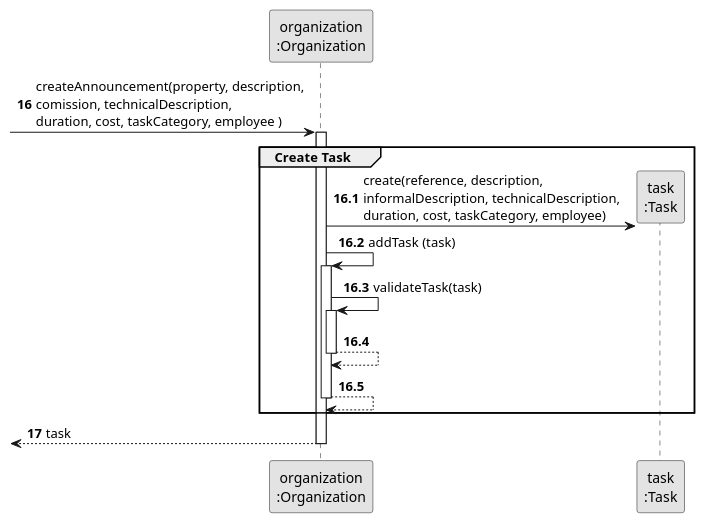
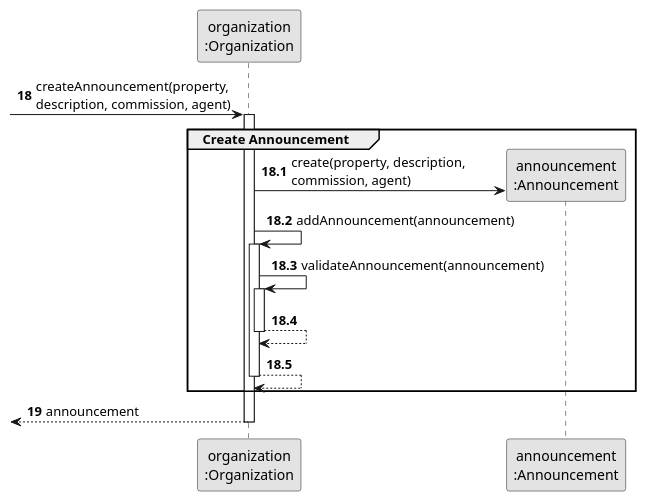
One commit to Rodrick0209/ISEP-LAPR2-22-23 changed the diagram in docs/Sprint-B/US002/03.design/puml/us002-sequence-diagram-partial-create-announcement.puml. Above: the diagram before and after it, drawn with PlantUML. The commit also changed 59 other files, not shown here.

```diff
--- a/docs/Sprint-B/US002/03.design/puml/us002-sequence-diagram-partial-create-announcement.puml
+++ b/docs/Sprint-B/US002/03.design/puml/us002-sequence-diagram-partial-create-announcement.puml
@@ -1,34 +1,34 @@
 @startuml
 skinparam monochrome true
 skinparam packageStyle rectangle
 skinparam shadowing false
 
 participant "organization\n:Organization" as ORG
-participant "task\n:Task" as TAREFA
+participant "announcement\n:Announcement" as ANNOUNCE
 
-autonumber 16
--> ORG: createAnnouncement(property, description,\ncomission, technicalDescription,\nduration, cost, taskCategory, employee )
+autonumber 18
+-> ORG: createAnnouncement(property, \ndescription, commission, agent)
 
-autonumber 16.1
+autonumber 18.1
 activate ORG
-    group Create Task
+    group Create Announcement
 
-        ORG -> TAREFA**: create(reference, description,\ninformalDescription, technicalDescription,\nduration, cost, taskCategory, employee)
-        ORG -> ORG: addTask (task)
+        ORG -> ANNOUNCE**: create(property, description, \ncommission, agent)
+        ORG -> ORG: addAnnouncement(announcement)
 
         activate ORG
-            ORG -> ORG: validateTask(task)
+            ORG -> ORG: validateAnnouncement(announcement)
             activate ORG
                 ORG --> ORG
             deactivate ORG
 
             ORG --> ORG
         deactivate ORG
     end
 
-    autonumber 17
-    <-- ORG : task
+    autonumber 19
+    <-- ORG : announcement
 deactivate ORG
 
 
 @enduml
```
